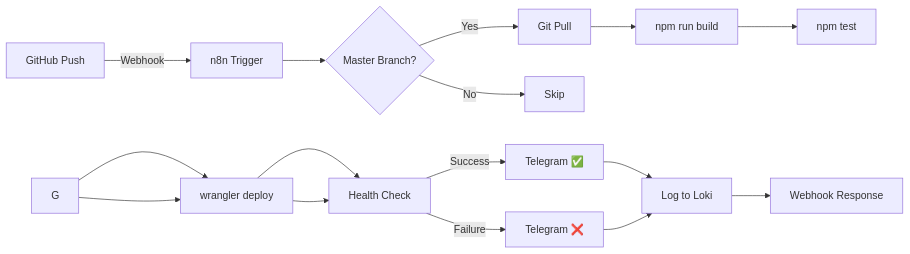
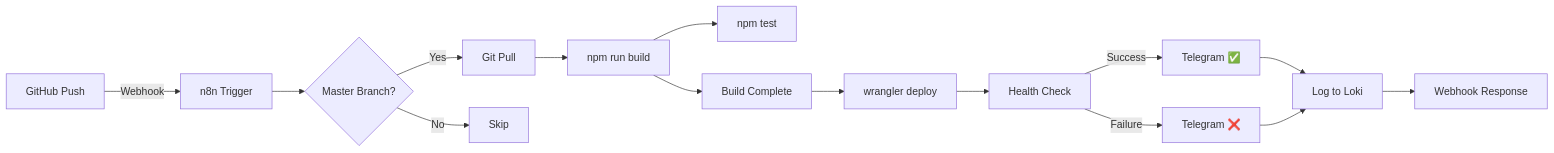
One commit to jclee941/resume changed the diagram in infrastructure/n8n/README.md. Above: the diagram before and after it, drawn with Mermaid. The commit also changed other lines of this file and 3 other files, not shown here.

First line of the commit message:
docs(infrastructure): fix stale links and add topology diagram

````diff
--- a/infrastructure/n8n/README.md
+++ b/infrastructure/n8n/README.md
@@ -429,18 +429,17 @@
 ```mermaid
 graph LR
     A[GitHub Push] -->|Webhook| B[n8n Trigger]
     B --> C{Master Branch?}
     C -->|Yes| D[Git Pull]
     C -->|No| Z[Skip]
     D --> E[npm run build]
     E --> F[npm test]
-    G --> H[Build Complete]
-    H --> I[Health Check]
+    E --> G[Build Complete]
     G --> H[wrangler deploy]
     H --> I[Health Check]
     I -->|Success| J[Telegram ✅]
     I -->|Failure| K[Telegram ❌]
     J --> L[Log to Loki]
     K --> L
     L --> M[Webhook Response]
 ```
````
